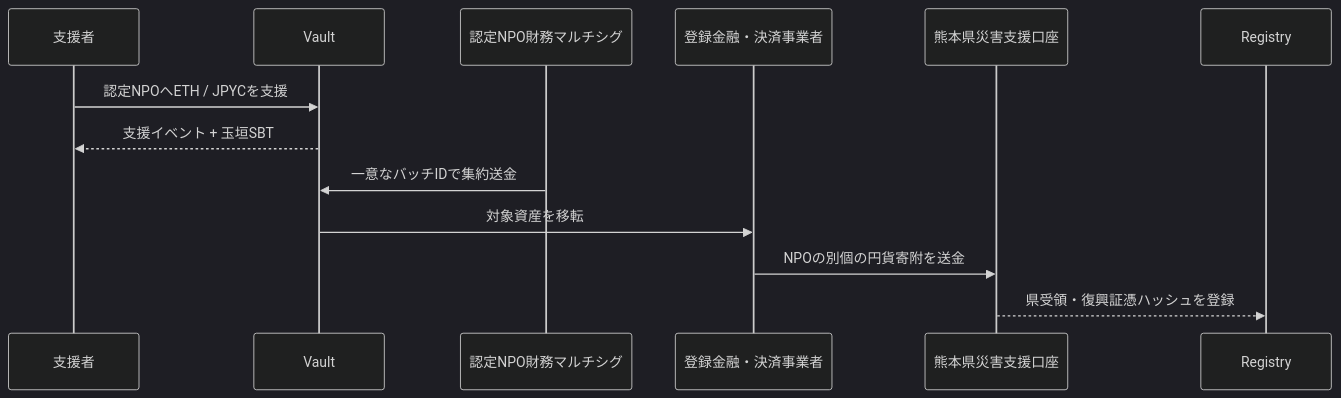
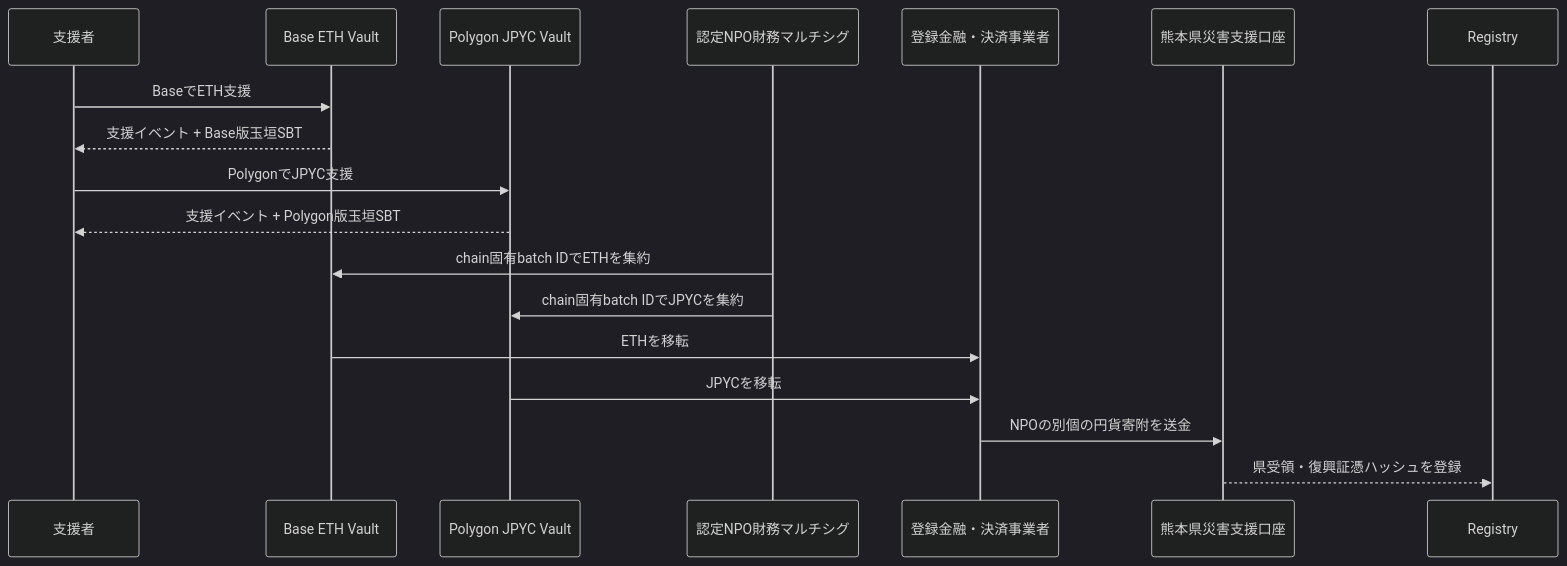
One commit to ShigeichiroYamasaki/yui-no-kaki-kumamoto changed the diagram in docs/fund-flow.md. Above: the diagram before and after it, drawn with Mermaid (dark theme). The commit also changed other lines of this file and 38 other files, not shown here.

Commit message:
Implement Base ETH and Polygon JPYC production split

````diff
--- a/docs/fund-flow.md
+++ b/docs/fund-flow.md
@@ -11,15 +11,20 @@
 ```mermaid
 sequenceDiagram
   participant S as 支援者
-  participant V as Vault
+  participant BV as Base ETH Vault
+  participant PV as Polygon JPYC Vault
   participant O as 認定NPO財務マルチシグ
   participant E as 登録金融・決済事業者
   participant K as 熊本県災害支援口座
   participant R as Registry
-  S->>V: 認定NPOへETH / JPYCを支援
-  V-->>S: 支援イベント + 玉垣SBT
-  O->>V: 一意なバッチIDで集約送金
-  V->>E: 対象資産を移転
+  S->>BV: BaseでETH支援
+  BV-->>S: 支援イベント + Base版玉垣SBT
+  S->>PV: PolygonでJPYC支援
+  PV-->>S: 支援イベント + Polygon版玉垣SBT
+  O->>BV: chain固有batch IDでETHを集約
+  O->>PV: chain固有batch IDでJPYCを集約
+  BV->>E: ETHを移転
+  PV->>E: JPYCを移転
   E->>K: NPOの別個の円貨寄附を送金
   K-->>R: 県受領・復興証憑ハッシュを登録
 ```
````
